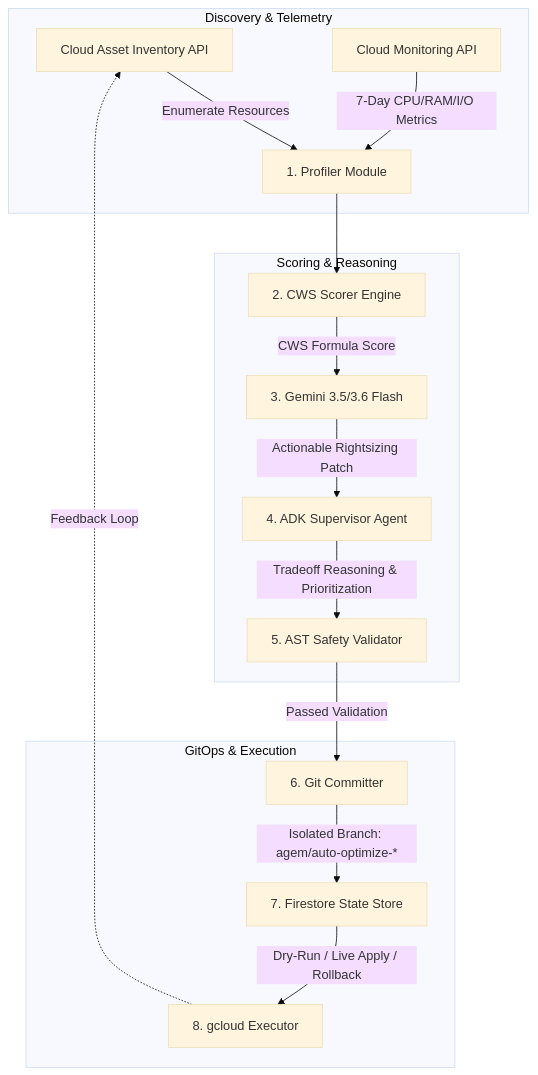
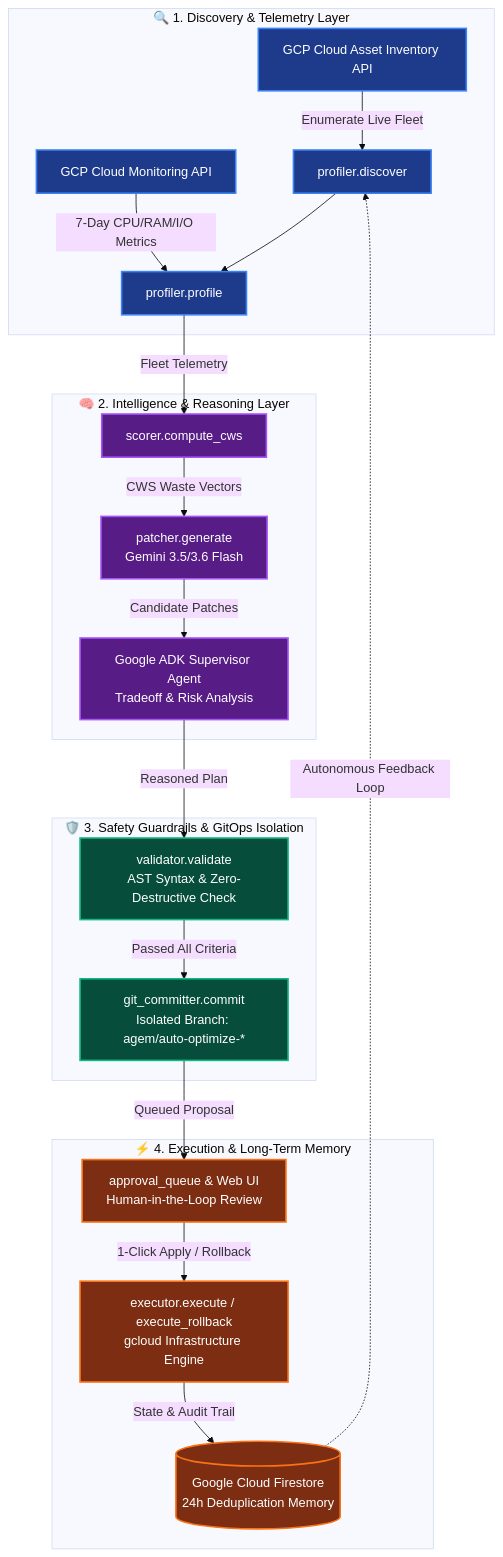
One commit to rakeshraks2612-maker/AGEM changed the diagram in README.md. Above: the diagram before and after it, drawn with Mermaid (base theme). The commit also changed other lines of this file, not shown here.

Commit message:
docs: relocate submission details to bottom, polish architecture diagram, add industry comparison table and demo video placeholder

````diff
--- a/README.md
+++ b/README.md
@@ -57,21 +52,35 @@
 ```mermaid
 flowchart TD
-    subgraph Discovery & Telemetry
-        A[Cloud Asset Inventory API] -->|Enumerate Resources| P[1. Profiler Module]
-        B[Cloud Monitoring API] -->|7-Day CPU/RAM/I/O Metrics| P
+    classDef discovery fill:#1e3a8a,stroke:#3b82f6,stroke-width:2px,color:#ffffff;
+    classDef intelligence fill:#581c87,stroke:#a855f7,stroke-width:2px,color:#ffffff;
+    classDef guardrails fill:#064e3b,stroke:#10b981,stroke-width:2px,color:#ffffff;
+    classDef execution fill:#7c2d12,stroke:#f97316,stroke-width:2px,color:#ffffff;
+
+    subgraph Phase1["🔍 1. Discovery & Telemetry Layer"]
+        A[GCP Cloud Asset Inventory API] -->|Enumerate Live Fleet| P1[profiler.discover]
+        B[GCP Cloud Monitoring API] -->|7-Day CPU/RAM/I/O Metrics| P2[profiler.profile]
+        P1 --> P2
     end
+    class A,B,P1,P2 discovery;
 
-    subgraph Scoring & Reasoning
-        P --> S[2. CWS Scorer Engine]
-        S -->|CWS Formula Score| G[3. Gemini 3.5/3.6 Flash]
-        G -->|Actionable Rightsizing Patch| ADK[4. ADK Supervisor Agent]
-        ADK -->|Tradeoff Reasoning & Prioritization| V[5. AST Safety Validator]
+    subgraph Phase2["🧠 2. Intelligence & Reasoning Layer"]
+        P2 -->|Fleet Telemetry| S[scorer.compute_cws]
+        S -->|CWS Waste Vectors| G[patcher.generate<br/>Gemini 3.5/3.6 Flash]
+        G -->|Candidate Patches| ADK[Google ADK Supervisor Agent<br/>Tradeoff & Risk Analysis]
     end
+    class S,G,ADK intelligence;
 
-    subgraph GitOps & Execution
-        V -->|Passed Validation| GIT[6. Git Committer]
-        GIT -->|Isolated Branch: agem/auto-optimize-*| FS[7. Firestore State Store]
-        FS -->|Dry-Run / Live Apply / Rollback| EXEC[8. gcloud Executor]
-        EXEC -.->|Feedback Loop| A
+    subgraph Phase3["🛡️ 3. Safety Guardrails & GitOps Isolation"]
+        ADK -->|Reasoned Plan| V[validator.validate<br/>AST Syntax & Zero-Destructive Check]
+        V -->|Passed All Criteria| GIT[git_committer.commit<br/>Isolated Branch: agem/auto-optimize-*]
     end
+    class V,GIT guardrails;
+
+    subgraph Phase4["⚡ 4. Execution & Long-Term Memory"]
+        GIT -->|Queued Proposal| Q[approval_queue & Web UI<br/>Human-in-the-Loop Review]
+        Q -->|1-Click Apply / Rollback| EX[executor.execute / execute_rollback<br/>gcloud Infrastructure Engine]
+        EX -->|State & Audit Trail| FS[(Google Cloud Firestore<br/>24h Deduplication Memory)]
+        FS -.->|Autonomous Feedback Loop| P1
+    end
+    class Q,EX,FS execution;
 ```
````
